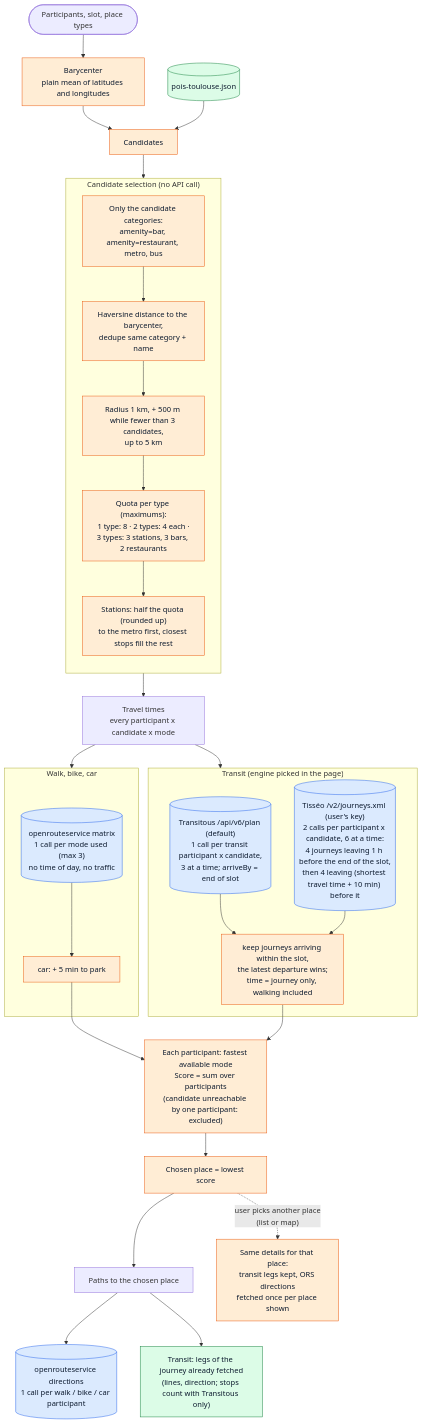
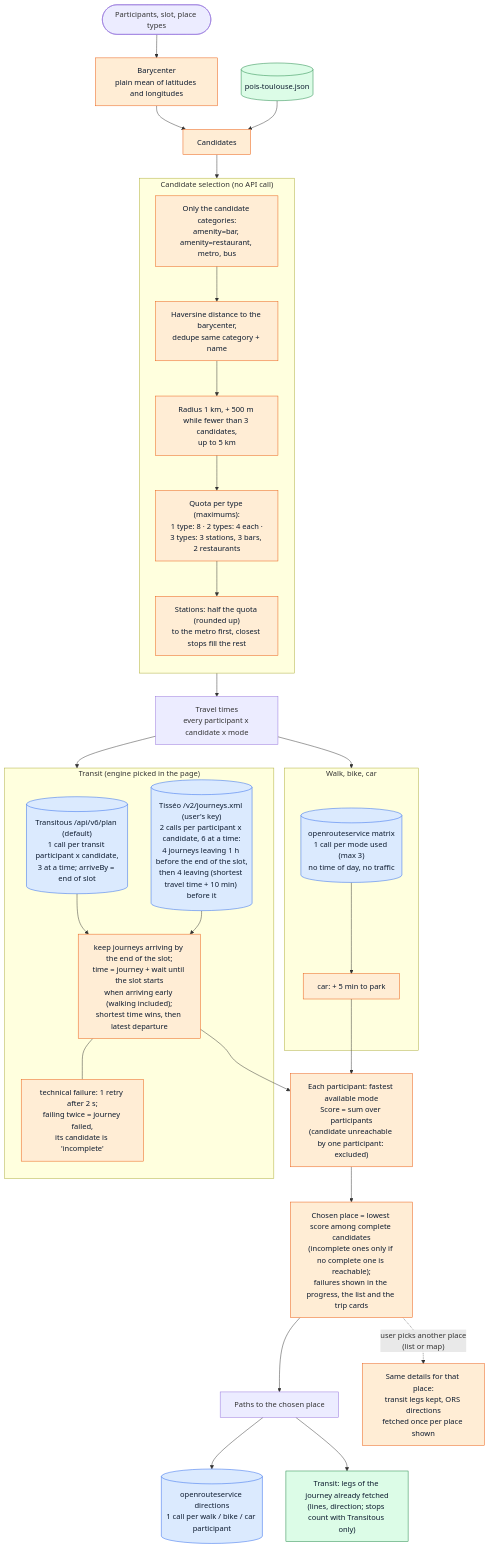
One commit to NicolasGresset/portfolio changed the third of 4 diagrams in docs/location-pipeline.md. Above: the diagram before and after it, drawn with Mermaid. The commit also changed 6 other files, not shown here.

First line of the commit message:
Retry failed transit journeys, show failures and accept early arrivals

````diff
--- a/docs/location-pipeline.md
+++ b/docs/location-pipeline.md
@@ -101,51 +101,53 @@
 ```mermaid
 flowchart TB
     classDef api fill:#DBEAFE,stroke:#2563EB,color:#0C1A2E
     classDef local fill:#DCFCE7,stroke:#15803D,color:#0C1A2E
     classDef algo fill:#FFEDD5,stroke:#EA580C,color:#0C1A2E
 
     START(["Participants, slot, place types"]) --> CENTER["Barycenter<br/>plain mean of latitudes and longitudes"]:::algo
     CENTER --> CAND["Candidates"]:::algo
     DATA[("pois-toulouse.json")]:::local --> CAND
 
     subgraph CANDIDATES["Candidate selection (no API call)"]
         direction TB
         R0["Only the candidate categories:<br/>amenity=bar, amenity=restaurant, metro, bus"]:::algo
         R1["Haversine distance to the barycenter,<br/>dedupe same category + name"]:::algo
         R2["Radius 1 km, + 500 m while fewer than 3 candidates,<br/>up to 5 km"]:::algo
         R3["Quota per type (maximums):<br/>1 type: 8 · 2 types: 4 each ·<br/>3 types: 3 stations, 3 bars, 2 restaurants"]:::algo
         R4["Stations: half the quota (rounded up)<br/>to the metro first, closest stops fill the rest"]:::algo
         R0 --> R1 --> R2 --> R3 --> R4
     end
     CAND --> CANDIDATES
 
     CANDIDATES --> TIMES["Travel times<br/>every participant x candidate x mode"]
 
     subgraph STREET["Walk, bike, car"]
         MATRIX[("openrouteservice matrix<br/>1 call per mode used (max 3)<br/>no time of day, no traffic")]:::api
         PARK["car: + 5 min to park"]:::algo
         MATRIX --> PARK
     end
 
     subgraph TRANSIT["Transit (engine picked in the page)"]
         PLAN[("Transitous /api/v6/plan (default)<br/>1 call per transit participant x candidate,<br/>3 at a time; arriveBy = end of slot")]:::api
         TISSEO[("Tisséo /v2/journeys.xml (user's key)<br/>2 calls per participant x candidate, 6 at a time:<br/>4 journeys leaving 1 h before the end of the slot,<br/>then 4 leaving (shortest travel time + 10 min) before it")]:::api
-        WINDOW["keep journeys arriving within the slot,<br/>the latest departure wins;<br/>time = journey only, walking included"]:::algo
+        WINDOW["keep journeys arriving by the end of the slot;<br/>time = journey + wait until the slot starts<br/>when arriving early (walking included);<br/>shortest time wins, then latest departure"]:::algo
+        RETRY["technical failure: 1 retry after 2 s;<br/>failing twice = journey failed,<br/>its candidate is 'incomplete'"]:::algo
+        WINDOW --- RETRY
         PLAN --> WINDOW
         TISSEO --> WINDOW
     end
 
     TIMES --> STREET
     TIMES --> TRANSIT
     PARK --> SCORE
     WINDOW --> SCORE
 
     SCORE["Each participant: fastest available mode<br/>Score = sum over participants<br/>(candidate unreachable by one participant: excluded)"]:::algo
-    SCORE --> BEST["Chosen place = lowest score"]:::algo
+    SCORE --> BEST["Chosen place = lowest score among complete candidates<br/>(incomplete ones only if no complete one is reachable);<br/>failures shown in the progress, the list and the trip cards"]:::algo
 
     BEST --> ROUTES["Paths to the chosen place"]
     ROUTES --> DIRECTIONS[("openrouteservice directions<br/>1 call per walk / bike / car participant")]:::api
     ROUTES --> LEGS["Transit: legs of the journey already fetched<br/>(lines, direction; stops count with Transitous only)"]:::local
 
     BEST -.->|"user picks another place<br/>(list or map)"| OTHER["Same details for that place:<br/>transit legs kept, ORS directions<br/>fetched once per place shown"]:::algo
 ```
````
